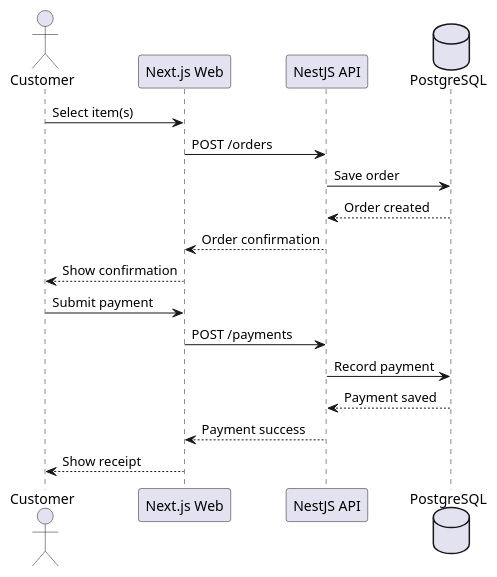
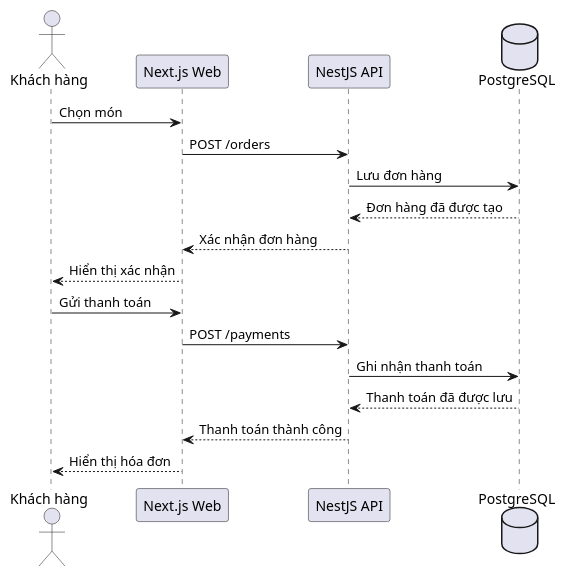
One commit to supergigachadsupreme300/brewlite2 changed the diagram in docs/diagrams/sequence-checkout.puml. Above: the diagram before and after it, drawn with PlantUML. The commit also changed 11 other files, not shown here.

```diff
--- a/docs/diagrams/sequence-checkout.puml
+++ b/docs/diagrams/sequence-checkout.puml
@@ -1,19 +1,19 @@
 @startuml
-actor Customer
+actor Customer as "Khách hàng"
 participant Web as "Next.js Web"
 participant API as "NestJS API"
 database DB as "PostgreSQL"
 
-Customer -> Web: Select item(s)
+Customer -> Web: Chọn món
 Web -> API: POST /orders
-API -> DB: Save order
-DB --> API: Order created
-API --> Web: Order confirmation
-Web --> Customer: Show confirmation
-Customer -> Web: Submit payment
+API -> DB: Lưu đơn hàng
+DB --> API: Đơn hàng đã được tạo
+API --> Web: Xác nhận đơn hàng
+Web --> Customer: Hiển thị xác nhận
+Customer -> Web: Gửi thanh toán
 Web -> API: POST /payments
-API -> DB: Record payment
-DB --> API: Payment saved
-API --> Web: Payment success
-Web --> Customer: Show receipt
+API -> DB: Ghi nhận thanh toán
+DB --> API: Thanh toán đã được lưu
+API --> Web: Thanh toán thành công
+Web --> Customer: Hiển thị hóa đơn
 @enduml
```
